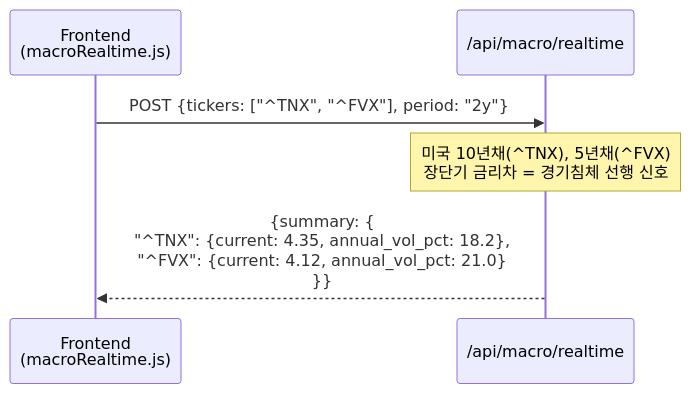
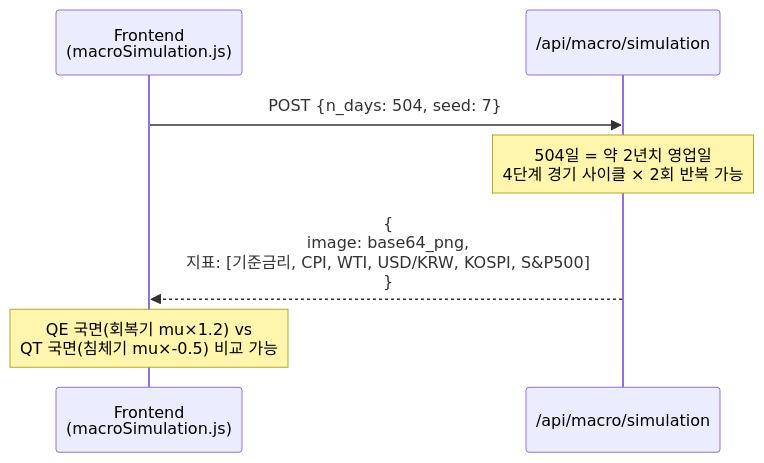
Before and after one commit to edumgt/python-quant: the tenth of 12 diagrams in docs/03.md, drawn with Mermaid. The commit also changed other lines of this file and 36 other files, not shown here.

````diff
--- a/docs/03.md
+++ b/docs/03.md
@@ -533,9 +359,10 @@
 ```mermaid
 sequenceDiagram
-    participant F as Frontend<br/>(macroRealtime.js)
-    participant A as /api/macro/realtime
+    participant F as Frontend<br/>(macroSimulation.js)
+    participant A as /api/macro/simulation
 
-    F->>A: POST {tickers: ["^TNX", "^FVX"], period: "2y"}
-    Note over A: 미국 10년채(^TNX), 5년채(^FVX)<br/>장단기 금리차 = 경기침체 선행 신호
-    A-->>F: {summary: {<br/>  "^TNX": {current: 4.35, annual_vol_pct: 18.2},<br/>  "^FVX": {current: 4.12, annual_vol_pct: 21.0}<br/>}}
+    F->>A: POST {n_days: 504, seed: 7}
+    Note over A: 504일 = 약 2년치 영업일<br/>4단계 경기 사이클 × 2회 반복 가능
+    A-->>F: {<br/>  image: base64_png,<br/>  지표: [기준금리, CPI, WTI, USD/KRW, KOSPI, S&P500]<br/>}
+    Note over F: QE 국면(회복기 mu×1.2) vs<br/>QT 국면(침체기 mu×-0.5) 비교 가능
 ```
````
